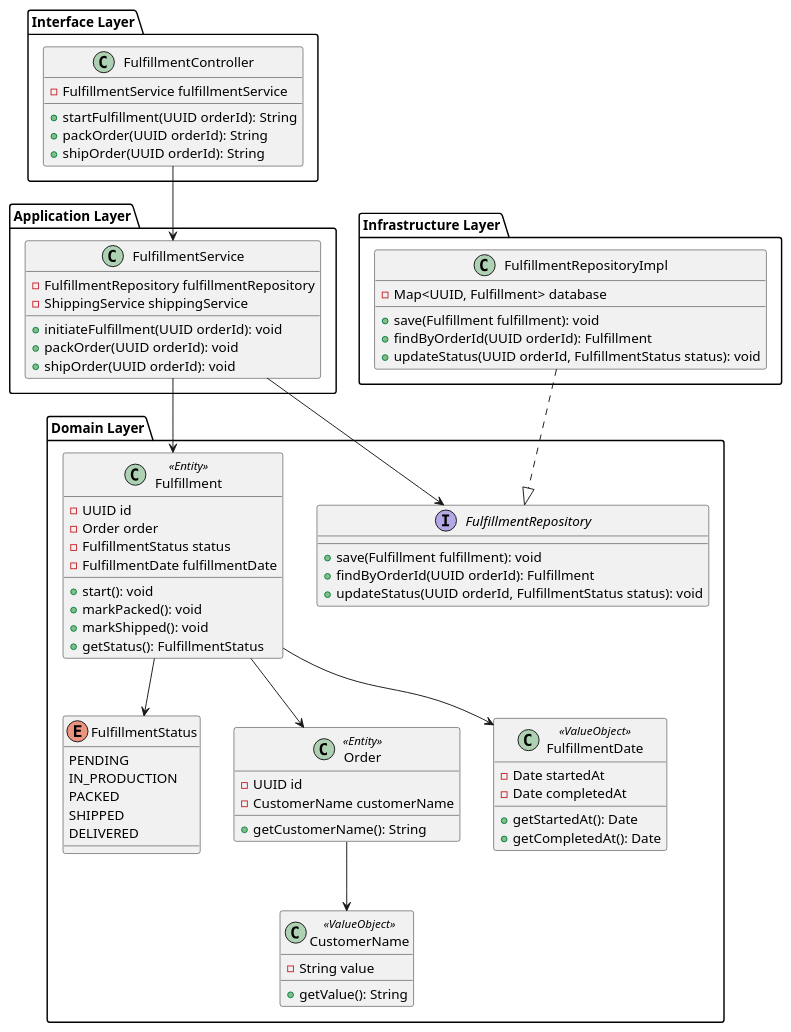
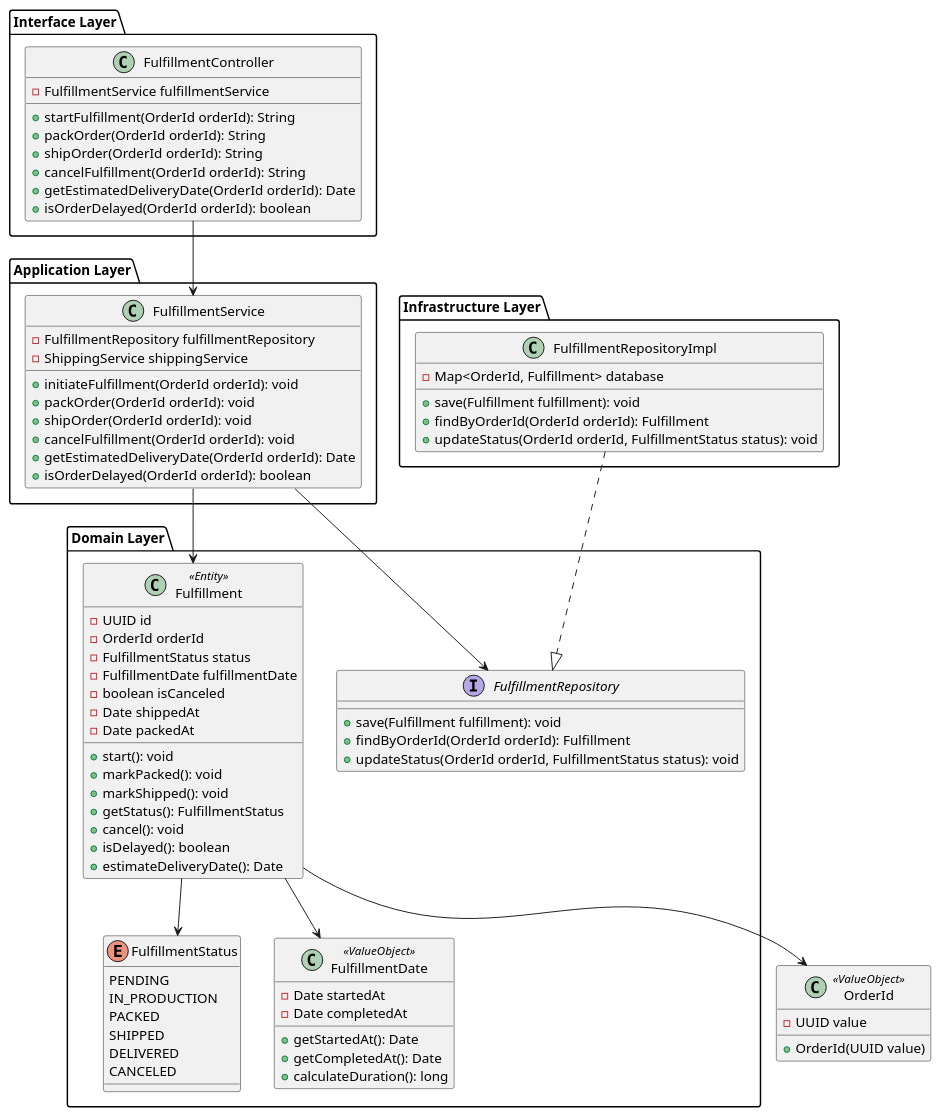
The diagram in Order Fulfillment.puml (JonatanFD/diagrama-clase), drawn with PlantUML before and after one commit. The commit also changed 7 other files, not shown here.

```diff
--- a/Order Fulfillment.puml
+++ b/Order Fulfillment.puml
@@ -1,102 +1,109 @@
 @startuml
 ' =============================
 ' DOMAIN LAYER
 ' =============================
+class OrderId <<ValueObject>> {
+    - UUID value
+  + OrderId(UUID value)
+}
+
 package "Domain Layer" {
 
   class Fulfillment <<Entity>> {
     - UUID id
-    - Order order
+    - OrderId orderId
     - FulfillmentStatus status
     - FulfillmentDate fulfillmentDate
+    - boolean isCanceled
+    - Date shippedAt
+    - Date packedAt
     + start(): void
     + markPacked(): void
     + markShipped(): void
     + getStatus(): FulfillmentStatus
+    + cancel(): void
+    + isDelayed(): boolean
+    + estimateDeliveryDate(): Date
   }
 
   enum FulfillmentStatus {
     PENDING
     IN_PRODUCTION
     PACKED
     SHIPPED
     DELIVERED
-  }
-
-  class Order <<Entity>> {
-    - UUID id
-    - CustomerName customerName
-    + getCustomerName(): String
+    CANCELED
   }
 
   interface FulfillmentRepository {
     + save(Fulfillment fulfillment): void
-    + findByOrderId(UUID orderId): Fulfillment
-    + updateStatus(UUID orderId, FulfillmentStatus status): void
-  }
-
-  class CustomerName <<ValueObject>> {
-    - String value
-    + getValue(): String
+    + findByOrderId(OrderId orderId): Fulfillment
+    + updateStatus(OrderId orderId, FulfillmentStatus status): void
   }
 
   class FulfillmentDate <<ValueObject>> {
     - Date startedAt
     - Date completedAt
     + getStartedAt(): Date
     + getCompletedAt(): Date
+    + calculateDuration(): long
   }
 
-  Order --> CustomerName
-  Fulfillment --> Order
+  Fulfillment --> OrderId
   Fulfillment --> FulfillmentStatus
   Fulfillment --> FulfillmentDate
 }
 
 ' =============================
 ' APPLICATION LAYER
 ' =============================
 package "Application Layer" {
 
   class FulfillmentService {
     - FulfillmentRepository fulfillmentRepository
     - ShippingService shippingService
-    + initiateFulfillment(UUID orderId): void
-    + packOrder(UUID orderId): void
-    + shipOrder(UUID orderId): void
+    + initiateFulfillment(OrderId orderId): void
+    + packOrder(OrderId orderId): void
+    + shipOrder(OrderId orderId): void
+    + cancelFulfillment(OrderId orderId): void
+    + getEstimatedDeliveryDate(OrderId orderId): Date
+    + isOrderDelayed(OrderId orderId): boolean
   }
 
   FulfillmentService --> Fulfillment
   FulfillmentService --> FulfillmentRepository
 }
 
 ' =============================
 ' INFRASTRUCTURE LAYER
 ' =============================
 package "Infrastructure Layer" {
 
   class FulfillmentRepositoryImpl {
-    - Map<UUID, Fulfillment> database
+    - Map<OrderId, Fulfillment> database
     + save(Fulfillment fulfillment): void
-    + findByOrderId(UUID orderId): Fulfillment
-    + updateStatus(UUID orderId, FulfillmentStatus status): void
+    + findByOrderId(OrderId orderId): Fulfillment
+    + updateStatus(OrderId orderId, FulfillmentStatus status): void
   }
 
   FulfillmentRepositoryImpl ..|> FulfillmentRepository
 }
 
 ' =============================
 ' INTERFACE LAYER
 ' =============================
 package "Interface Layer" {
 
   class FulfillmentController {
     - FulfillmentService fulfillmentService
-    + startFulfillment(UUID orderId): String
-    + packOrder(UUID orderId): String
-    + shipOrder(UUID orderId): String
+    + startFulfillment(OrderId orderId): String
+    + packOrder(OrderId orderId): String
+    + shipOrder(OrderId orderId): String
+    + cancelFulfillment(OrderId orderId): String
+    + getEstimatedDeliveryDate(OrderId orderId): Date
+    + isOrderDelayed(OrderId orderId): boolean
   }
 
   FulfillmentController --> FulfillmentService
 }
 @enduml
```
